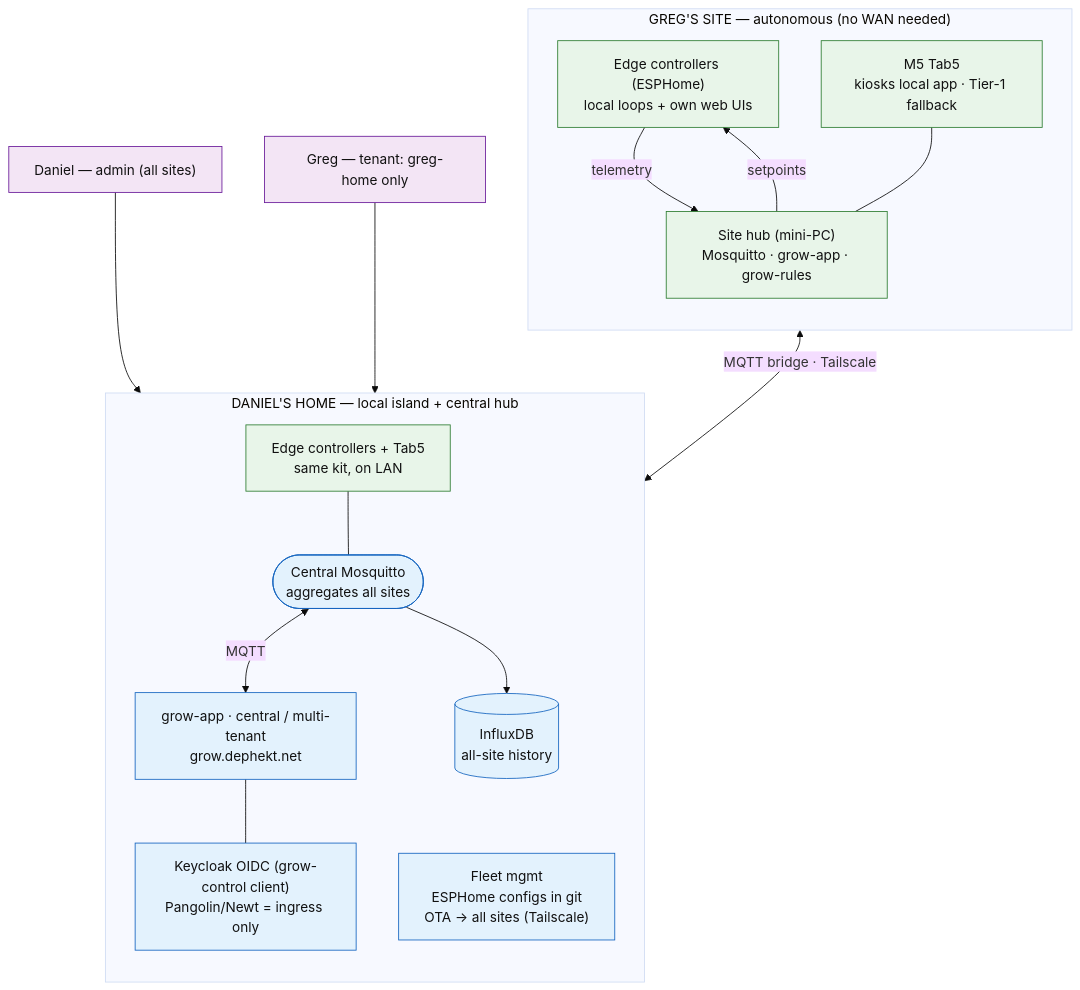
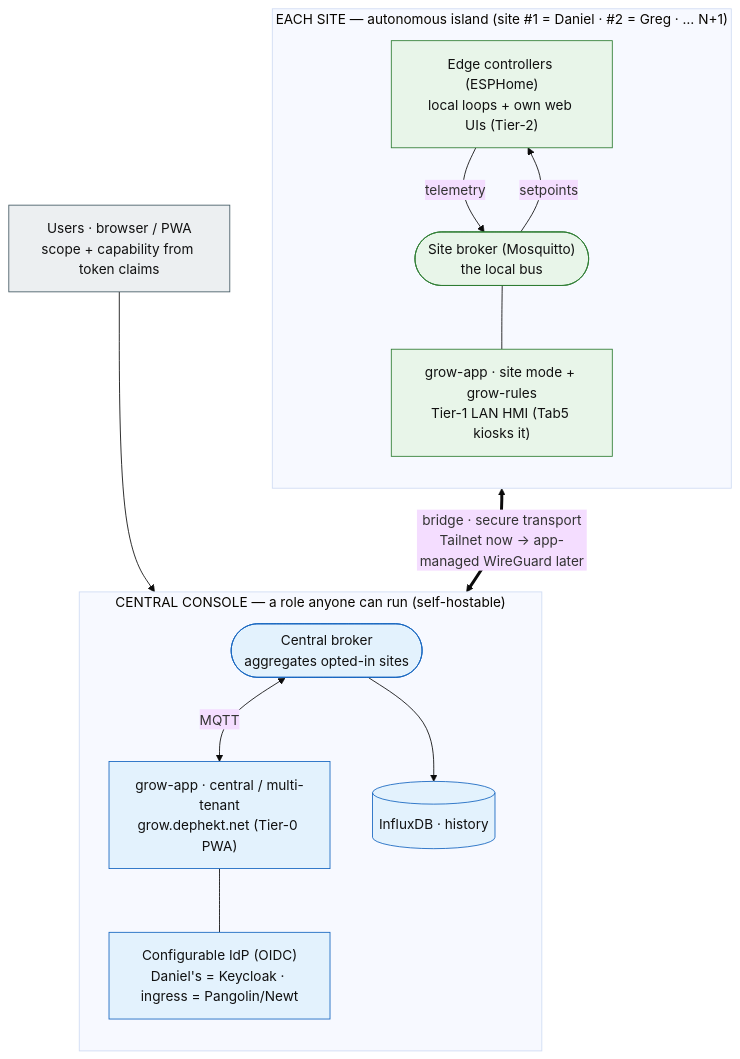
The second of 3 diagrams in docs/briefs/grow-control-system.md (dephekt/agent-planning), drawn with Mermaid (base theme) before and after one commit. The commit also changed other lines of this file, not shown here.

First line of the commit message:
feat(grow-control): expand brief to symmetric N+1 topology and BFF auth

````diff
--- a/docs/briefs/grow-control-system.md
+++ b/docs/briefs/grow-control-system.md
@@ -91,38 +114,33 @@
 ```mermaid
 flowchart TB
-  subgraph GREG["GREG'S SITE — autonomous (no WAN needed)"]
+  subgraph SITE["EACH SITE — autonomous island (site #1 = Daniel · #2 = Greg · … N+1)"]
     direction TB
-    GE["Edge controllers (ESPHome)<br/>local loops + own web UIs"]
-    GH["Site hub (mini-PC)<br/>Mosquitto · grow-app · grow-rules"]
-    GT["M5 Tab5<br/>kiosks local app · Tier-1 fallback"]
-    GE -->|telemetry| GH
-    GH -->|setpoints| GE
-    GT --- GH
+    E["Edge controllers (ESPHome)<br/>local loops + own web UIs (Tier-2)"]
+    SB(["Site broker (Mosquitto)<br/>the local bus"])
+    SA["grow-app · site mode + grow-rules<br/>Tier-1 LAN HMI (Tab5 kiosks it)"]
+    E -->|telemetry| SB
+    SB -->|setpoints| E
+    SB --- SA
   end
 
-  subgraph DAN["DANIEL'S HOME — local island + central hub"]
+  subgraph CONSOLE["CENTRAL CONSOLE — a role anyone can run (self-hostable)"]
     direction TB
-    DE["Edge controllers + Tab5<br/>same kit, on LAN"]
-    CB(["Central Mosquitto<br/>aggregates all sites"])
-    APP["grow-app · central / multi-tenant<br/>grow.dephekt.net"]
-    TS[("InfluxDB<br/>all-site history")]
-    FLEET["Fleet mgmt<br/>ESPHome configs in git<br/>OTA → all sites (Tailscale)"]
-    AUTH["Keycloak OIDC (grow-control client)<br/>Pangolin/Newt = ingress only"]
-    DE --- CB
-    CB <-->|MQTT| APP
+    CB(["Central broker<br/>aggregates opted-in sites"])
+    CA["grow-app · central / multi-tenant<br/>grow.dephekt.net (Tier-0 PWA)"]
+    TS[("InfluxDB · history")]
+    IDP["Configurable IdP (OIDC)<br/>Daniel's = Keycloak · ingress = Pangolin/Newt"]
+    CB <-->|MQTT| CA
     CB --> TS
-    APP --- AUTH
+    CA --- IDP
   end
 
-  GH <-->|"MQTT bridge · Tailscale"| CB
-
-  DPHONE["Daniel — admin (all sites)"] --> AUTH
-  GPHONE["Greg — tenant: greg-home only"] --> AUTH
+  SB <==>|"bridge · secure transport<br/>Tailnet now → app-managed WireGuard later"| CB
+  U["Users · browser / PWA<br/>scope + capability from token claims"] --> IDP
 
   classDef site fill:#e8f5e9,stroke:#2e7d32,color:#111;
   classDef central fill:#e3f2fd,stroke:#1565c0,color:#111;
-  classDef remote fill:#f3e5f5,stroke:#6a1b9a,color:#111;
-  class GE,GH,GT,DE site;
-  class CB,APP,TS,FLEET,AUTH central;
-  class DPHONE,GPHONE remote;
+  classDef u fill:#ECEFF1,stroke:#455A64,color:#111;
+  class E,SB,SA site;
+  class CB,CA,TS,IDP central;
+  class U u;
 ```
````
